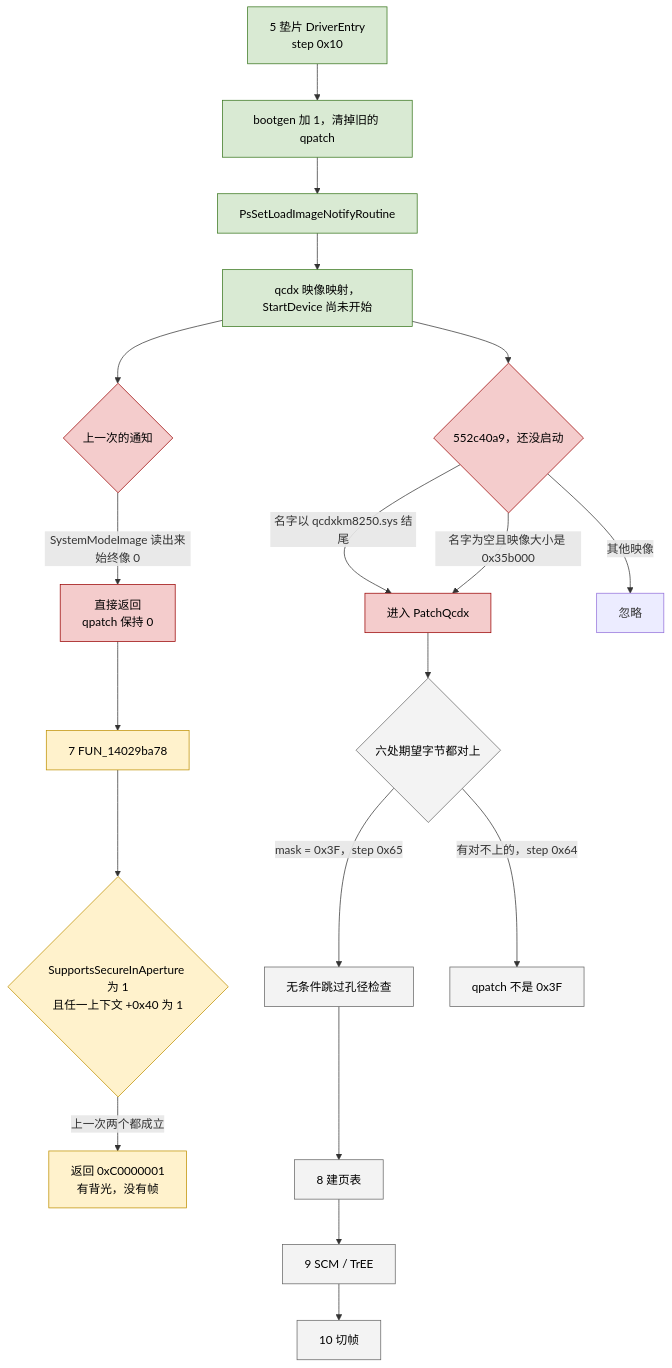
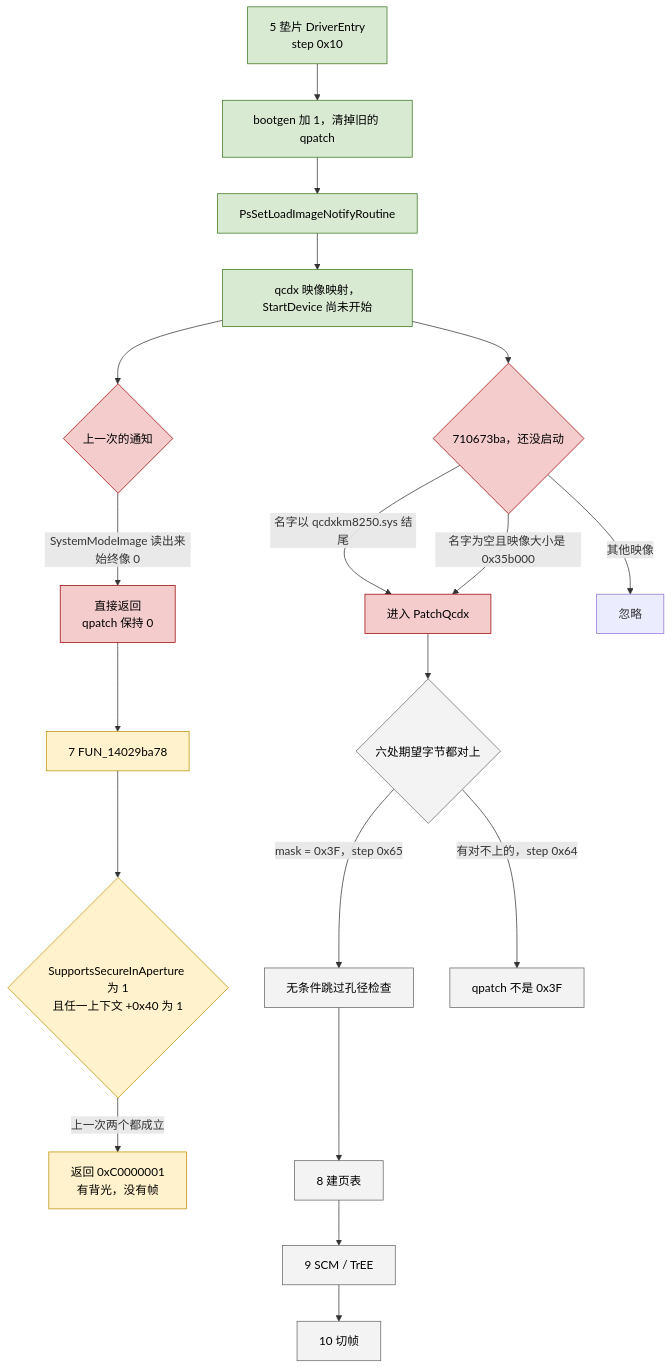
The second of 5 diagrams in docs/woa-dagu-gpu-timeline-2026-11-03.md (Huabin1010/dagu-mainline-linux), drawn with Mermaid before and after one commit. The commit also changed other lines of this file and 1 other file, not shown here.

````diff
--- a/docs/woa-dagu-gpu-timeline-2026-11-03.md
+++ b/docs/woa-dagu-gpu-timeline-2026-11-03.md
@@ -75,31 +79,31 @@
 ```mermaid
 flowchart TD
   entry["5 垫片 DriverEntry<br/>step 0x10"] --> gen["bootgen 加 1，清掉旧的 qpatch"]
   gen --> arm["PsSetLoadImageNotifyRoutine"]
   arm --> map["qcdx 映像映射，StartDevice 尚未开始"]
   map --> old{"上一次的通知"}
   old -->|"SystemModeImage 读出来始终像 0"| skip["直接返回<br/>qpatch 保持 0"]
   skip --> chk["7 FUN_14029ba78"]
   chk --> flag{"SupportsSecureInAperture 为 1<br/>且任一上下文 +0x40 为 1"}
   flag -->|"上一次两个都成立"| ret["返回 0xC0000001<br/>有背光，没有帧"]
 
-  map --> now{"552c40a9，还没启动"}
+  map --> now{"710673ba，还没启动"}
   now -->|"名字以 qcdxkm8250.sys 结尾"| hit["进入 PatchQcdx"]
   now -->|"名字为空且映像大小是 0x35b000"| hit
   now -->|"其他映像"| ignore["忽略"]
   hit --> mask{"六处期望字节都对上"}
   mask -->|"mask = 0x3F，step 0x65"| pass["无条件跳过孔径检查"]
   mask -->|"有对不上的，step 0x64"| bad["qpatch 不是 0x3F"]
   pass --> pt["8 建页表"]
   pt --> scm["9 SCM / TrEE"]
   scm --> frame["10 切帧"]
 
   classDef done fill:#d9ead3,stroke:#38761d,color:#000
   classDef stuck fill:#f4cccc,stroke:#990000,color:#000
   classDef returned fill:#fff2cc,stroke:#bf9000,color:#000
   classDef later fill:#f3f3f3,stroke:#666666,color:#000
   class entry,gen,arm,map done
   class old,skip,now,hit stuck
   class chk,flag,ret returned
   class mask,pass,pt,scm,frame,bad later
 ```
````
